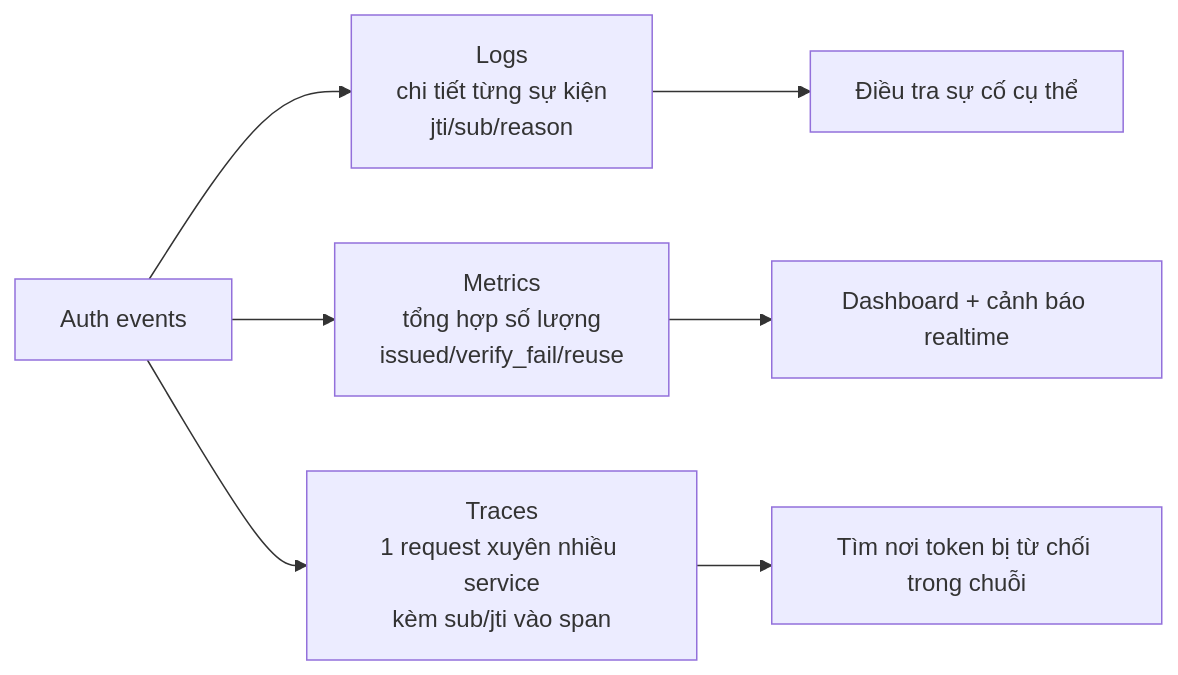
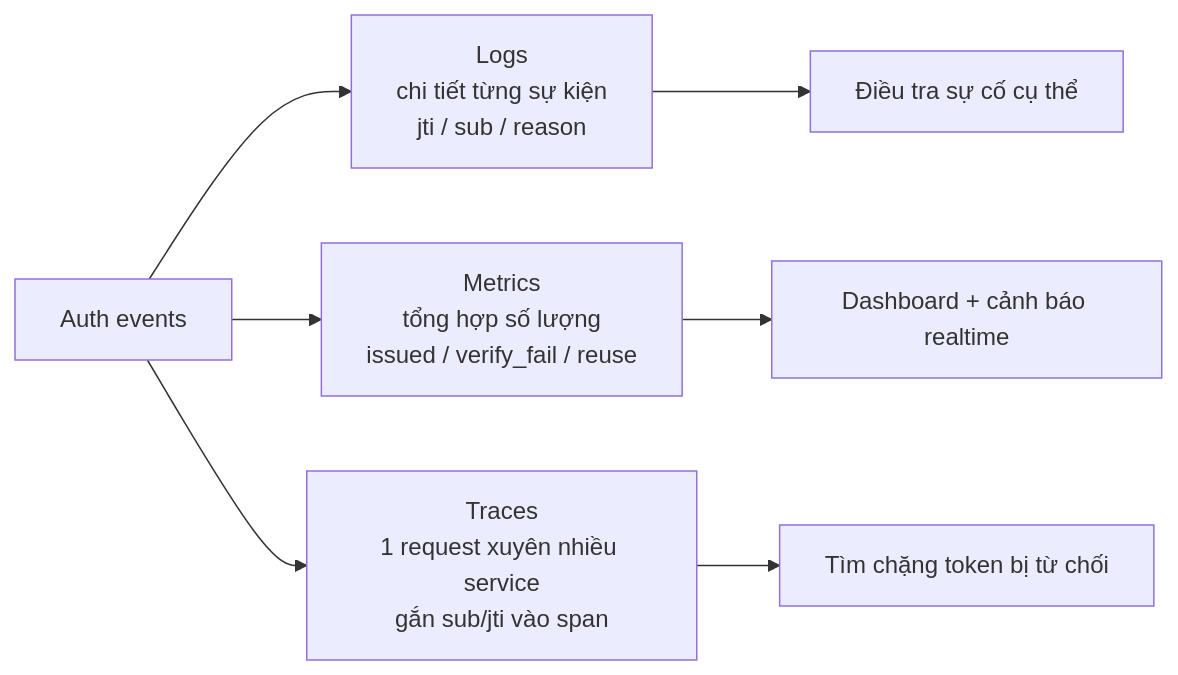
The first of 2 diagrams in content/docs/operations/observability-and-audit.md (vanhiep99w/jwt-learn), drawn with Mermaid before and after one commit. The commit also changed other lines of this file and 4 other files, not shown here.

````diff
--- a/content/docs/operations/observability-and-audit.md
+++ b/content/docs/operations/observability-and-audit.md
@@ -83,9 +119,9 @@
 ```mermaid
 flowchart LR
-    A[Auth events] --> L[Logs<br/>chi tiết từng sự kiện<br/>jti/sub/reason]
-    A --> M[Metrics<br/>tổng hợp số lượng<br/>issued/verify_fail/reuse]
-    A --> T[Traces<br/>1 request xuyên nhiều service<br/>kèm sub/jti vào span]
+    A[Auth events] --> L["Logs<br/>chi tiết từng sự kiện<br/>jti / sub / reason"]
+    A --> M["Metrics<br/>tổng hợp số lượng<br/>issued / verify_fail / reuse"]
+    A --> T["Traces<br/>1 request xuyên nhiều service<br/>gắn sub/jti vào span"]
     L --> I[Điều tra sự cố cụ thể]
     M --> D[Dashboard + cảnh báo realtime]
-    T --> P[Tìm nơi token bị từ chối trong chuỗi]
+    T --> P[Tìm chặng token bị từ chối]
 ```
````
